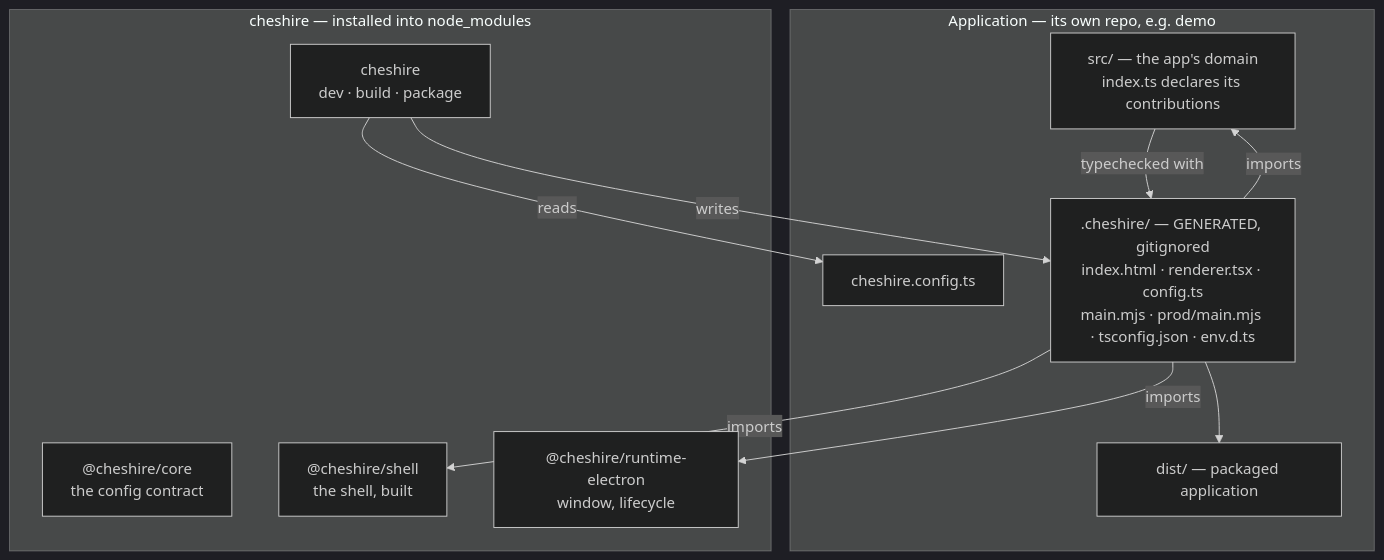
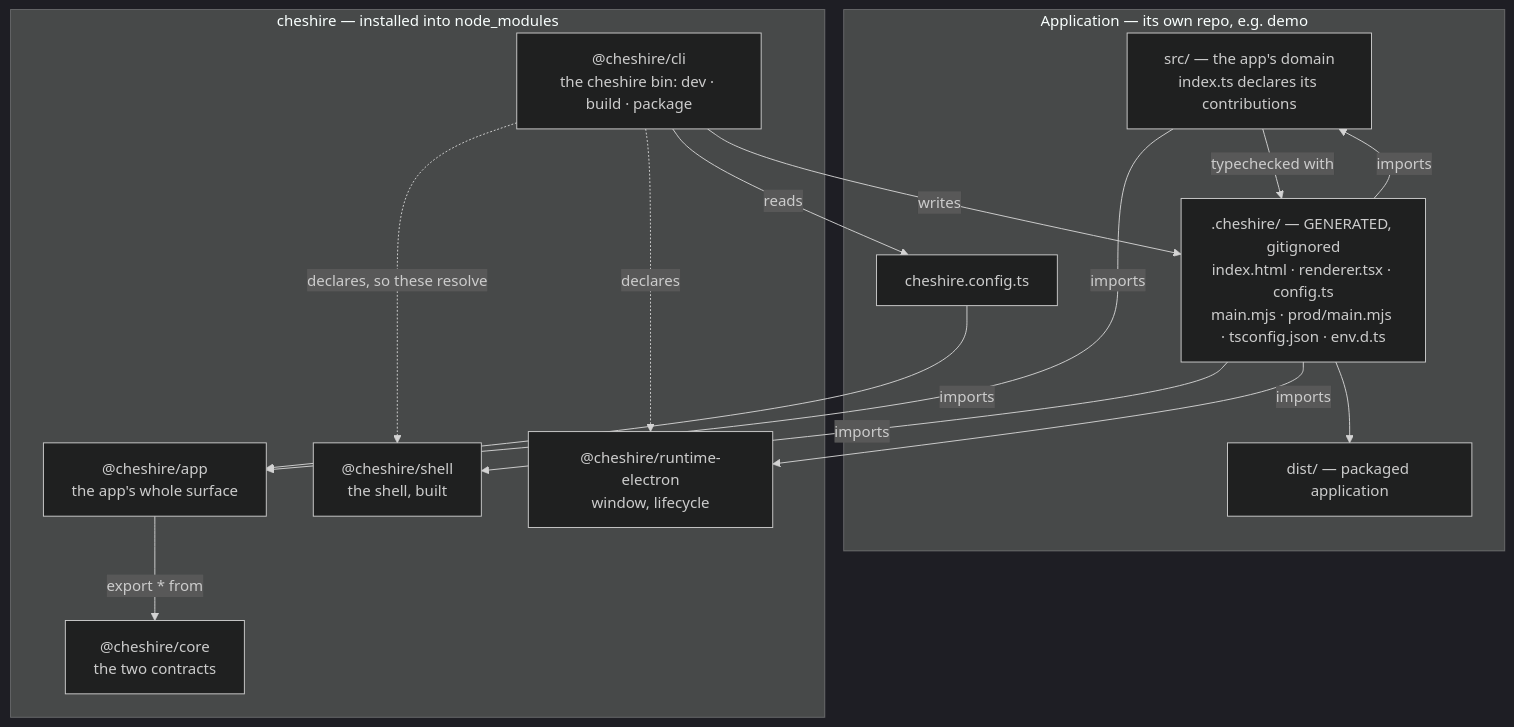
One commit to meersajidh/cheshire changed the second of 4 diagrams in docs/guides/framework-architecture.md. Above: the diagram before and after it, drawn with Mermaid (dark theme). The commit also changed 4 other files, not shown here.

````diff
--- a/docs/guides/framework-architecture.md
+++ b/docs/guides/framework-architecture.md
@@ -99,22 +99,28 @@
 ```mermaid
 flowchart TD
   subgraph APP["Application — its own repo, e.g. demo"]
     CFG["cheshire.config.ts"]
     SRC["src/ — the app's domain<br/>index.ts declares its contributions"]
     GEN[".cheshire/ — GENERATED, gitignored<br/>index.html · renderer.tsx · config.ts<br/>main.mjs · prod/main.mjs · tsconfig.json · env.d.ts"]
     OUT["dist/ — packaged application"]
   end
   subgraph FW["cheshire — installed into node_modules"]
-    CORE["@cheshire/core<br/>the config contract"]
+    APPPKG["@cheshire/app<br/>the app's whole surface"]
+    CLI["@cheshire/cli<br/>the cheshire bin: dev · build · package"]
+    CORE["@cheshire/core<br/>the two contracts"]
     WB["@cheshire/shell<br/>the shell, built"]
     RT["@cheshire/runtime-electron<br/>window, lifecycle"]
-    CLI["cheshire<br/>dev · build · package"]
   end
+  CFG -->|imports| APPPKG
+  SRC -->|imports| APPPKG
+  APPPKG -->|export * from| CORE
   CLI -->|reads| CFG
   CLI -->|writes| GEN
+  CLI -.->|declares, so these resolve| WB
+  CLI -.->|declares| RT
   GEN -->|imports| WB
   GEN -->|imports| RT
   GEN -->|imports| SRC
   SRC -->|typechecked with| GEN
   GEN --> OUT
 ```
````
